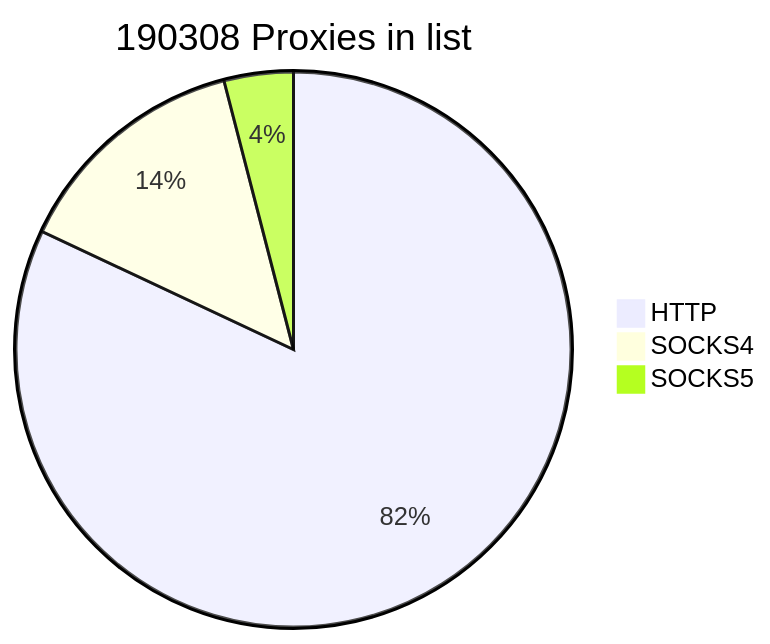
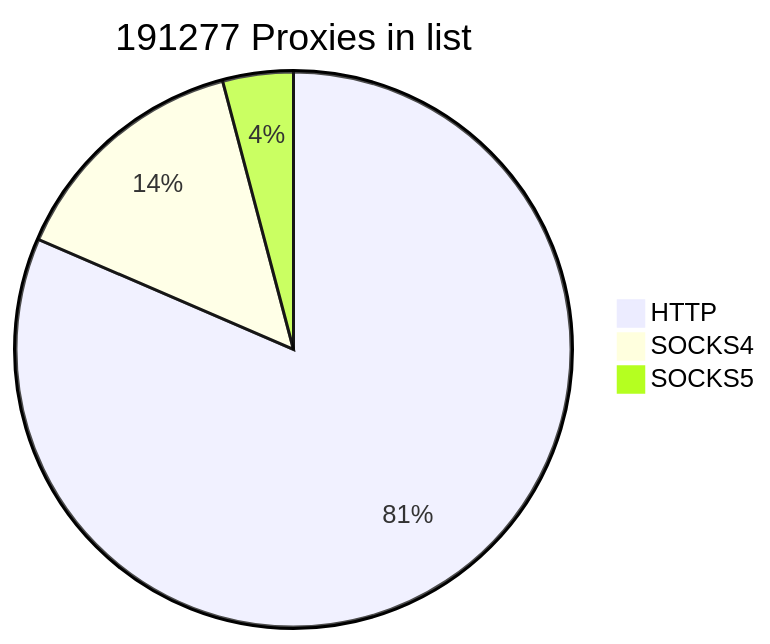
Before and after one commit to cutipu/proxylist: the first of 2 diagrams in README.md, drawn with Mermaid. The commit also changed other lines of this file, not shown here.

````diff
--- a/README.md
+++ b/README.md
@@ -2,7 +2,7 @@
 ```mermaid
-pie title 190308 Proxies in list
-    "HTTP" : 156018
-    "SOCKS4" : 26624
-    "SOCKS5" : 7666
+pie title 191277 Proxies in list
+    "HTTP" : 155864
+    "SOCKS4" : 27553
+    "SOCKS5" : 7860
             
 ```
````
